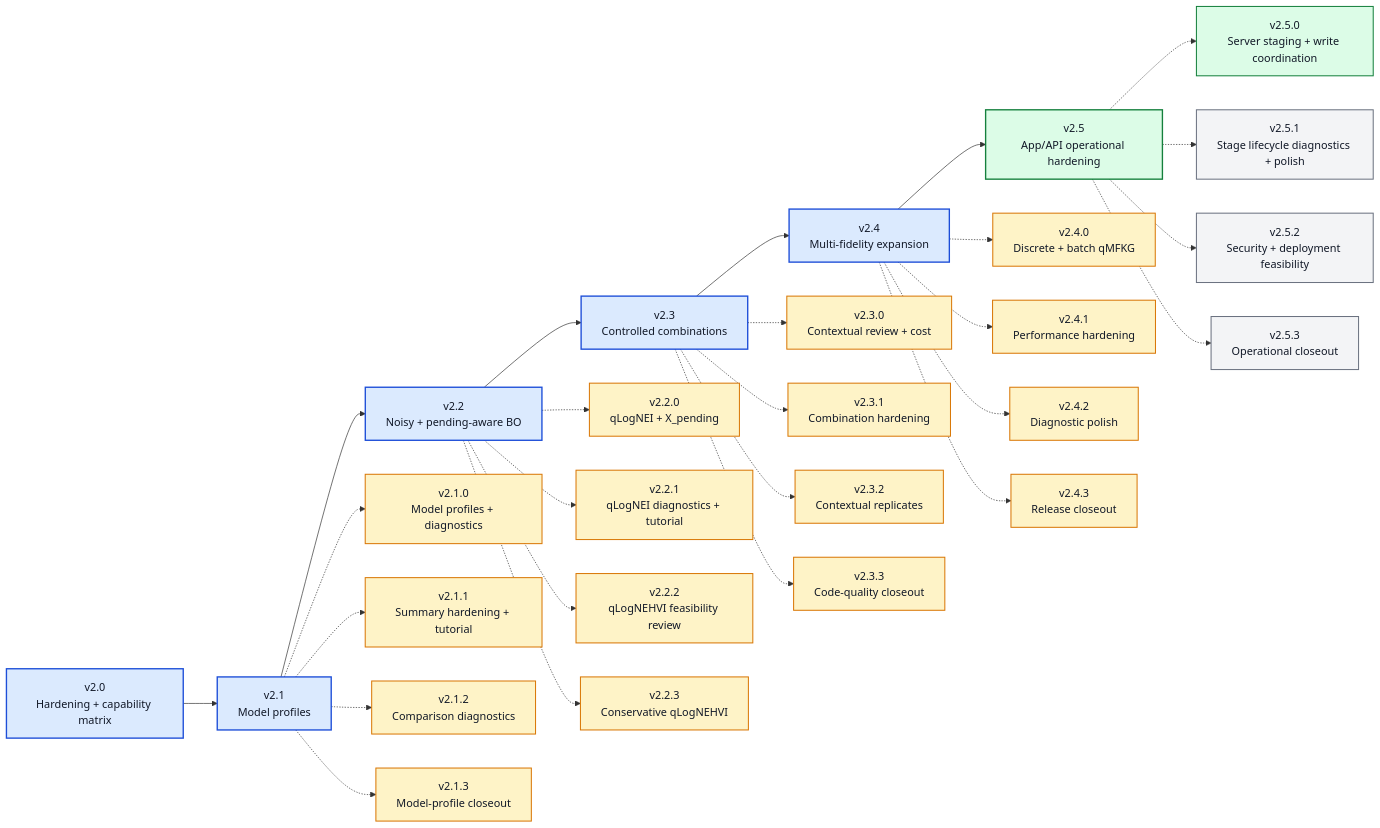
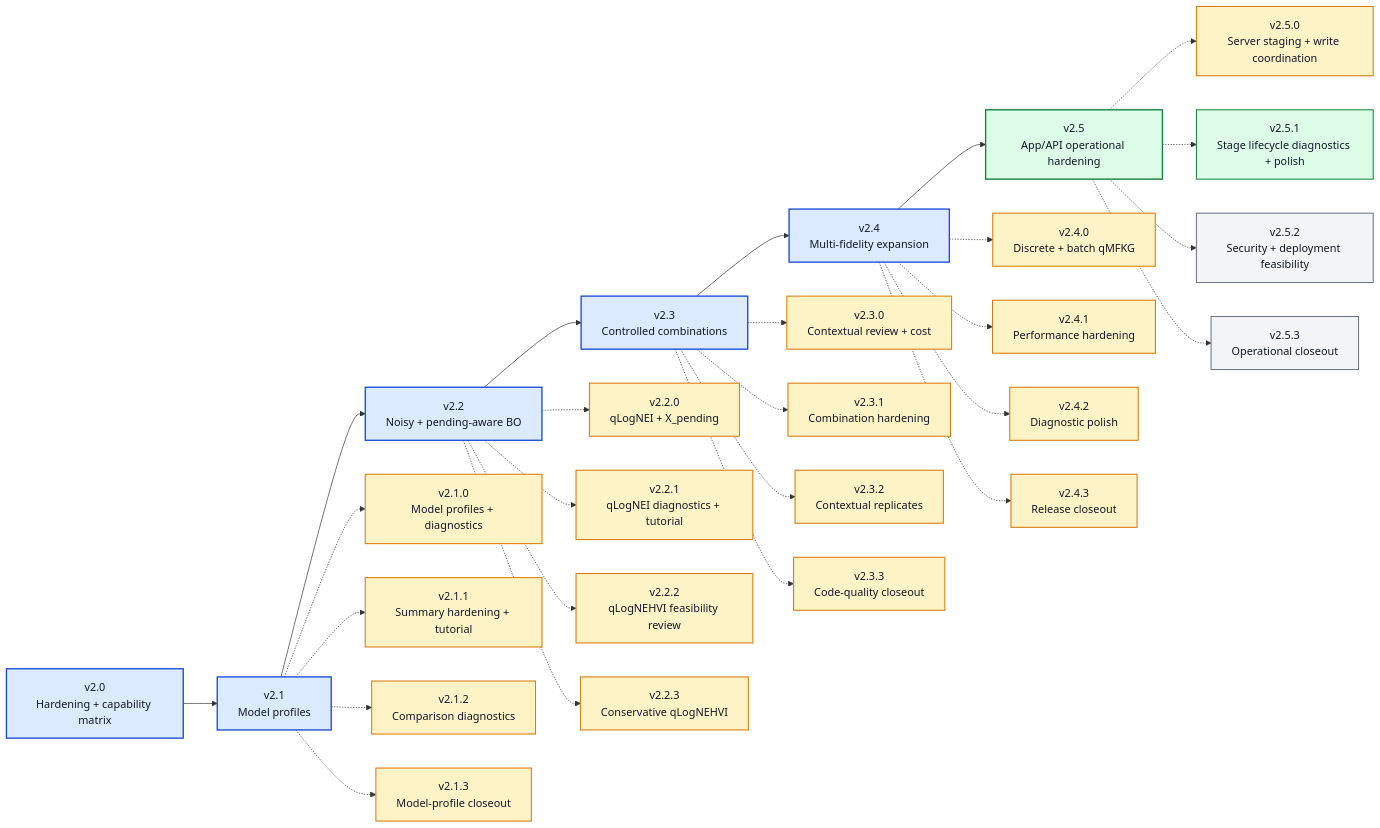
One commit to angzeli/bo-forge changed the diagram in ROADMAP_V2_X.md. Above: the diagram before and after it, drawn with Mermaid. The commit also changed other lines of this file and 22 other files, not shown here.

````diff
--- a/ROADMAP_V2_X.md
+++ b/ROADMAP_V2_X.md
@@ -14,62 +14,63 @@
 ```mermaid
 flowchart LR
     v20["v2.0<br/>Hardening + capability matrix"] --> v21["v2.1<br/>Model profiles"] --> v22["v2.2<br/>Noisy + pending-aware BO"] --> v23["v2.3<br/>Controlled combinations"] --> v24["v2.4<br/>Multi-fidelity expansion"] --> v25["v2.5<br/>App/API operational hardening"]
 
     v210["v2.1.0<br/>Model profiles + diagnostics"]
     v211["v2.1.1<br/>Summary hardening + tutorial"]
     v212["v2.1.2<br/>Comparison diagnostics"]
     v213["v2.1.3<br/>Model-profile closeout"]
     v220["v2.2.0<br/>qLogNEI + X_pending"]
     v221["v2.2.1<br/>qLogNEI diagnostics + tutorial"]
     v222["v2.2.2<br/>qLogNEHVI feasibility review"]
     v223["v2.2.3<br/>Conservative qLogNEHVI"]
     v230["v2.3.0<br/>Contextual review + cost"]
     v231["v2.3.1<br/>Combination hardening"]
     v232["v2.3.2<br/>Contextual replicates"]
     v233["v2.3.3<br/>Code-quality closeout"]
     v240["v2.4.0<br/>Discrete + batch qMFKG"]
     v241["v2.4.1<br/>Performance hardening"]
     v242["v2.4.2<br/>Diagnostic polish"]
     v243["v2.4.3<br/>Release closeout"]
     v250["v2.5.0<br/>Server staging + write coordination"]
     v251["v2.5.1<br/>Stage lifecycle diagnostics + polish"]
     v252["v2.5.2<br/>Security + deployment feasibility"]
     v253["v2.5.3<br/>Operational closeout"]
 
     v21 -.-> v210
     v21 -.-> v211
     v21 -.-> v212
     v21 -.-> v213
     v22 -.-> v220
     v22 -.-> v221
     v22 -.-> v222
     v22 -.-> v223
     v23 -.-> v230
     v23 -.-> v231
     v23 -.-> v232
     v23 -.-> v233
     v24 -.-> v240
     v24 -.-> v241
     v24 -.-> v242
     v24 -.-> v243
     v25 -.-> v250
     v25 -.-> v251
     v25 -.-> v252
     v25 -.-> v253
 
     class v20,v21,v22,v23,v24 majorDone
     class v25 majorActive
     class v210,v211,v212,v213 patchDone
     class v220,v221,v222,v223 patchDone
     class v230,v231,v232,v233 patchDone
     class v240,v241,v242,v243 patchDone
-    class v250 patchActive
-    class v251,v252,v253 patchFuture
+    class v250 patchDone
+    class v251 patchActive
+    class v252,v253 patchFuture
 
     classDef majorDone fill:#dbeafe,stroke:#1d4ed8,stroke-width:2px,color:#111827;
     classDef majorActive fill:#dcfce7,stroke:#15803d,stroke-width:2px,color:#111827;
     classDef majorFuture fill:#f3f4f6,stroke:#6b7280,stroke-width:2px,color:#111827;
     classDef patchDone fill:#fef3c7,stroke:#d97706,stroke-width:1.5px,color:#111827;
     classDef patchActive fill:#dcfce7,stroke:#15803d,stroke-width:1.5px,color:#111827;
     classDef patchFuture fill:#f3f4f6,stroke:#6b7280,stroke-width:1.5px,color:#111827;
 ```
````
